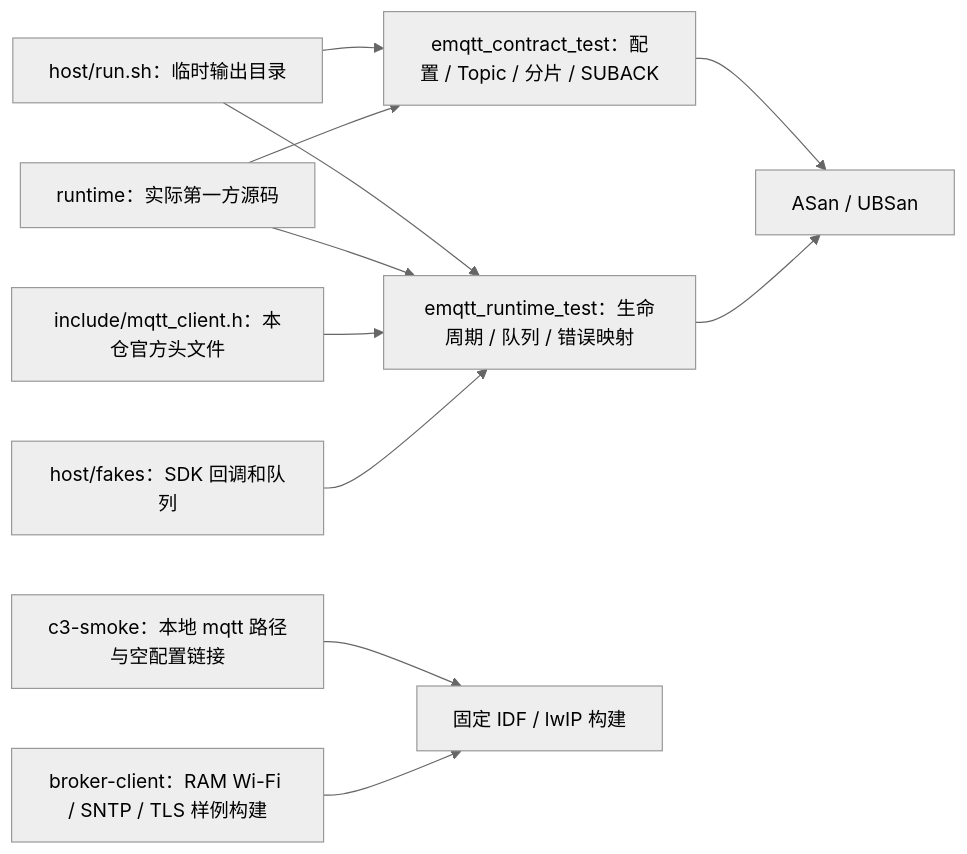
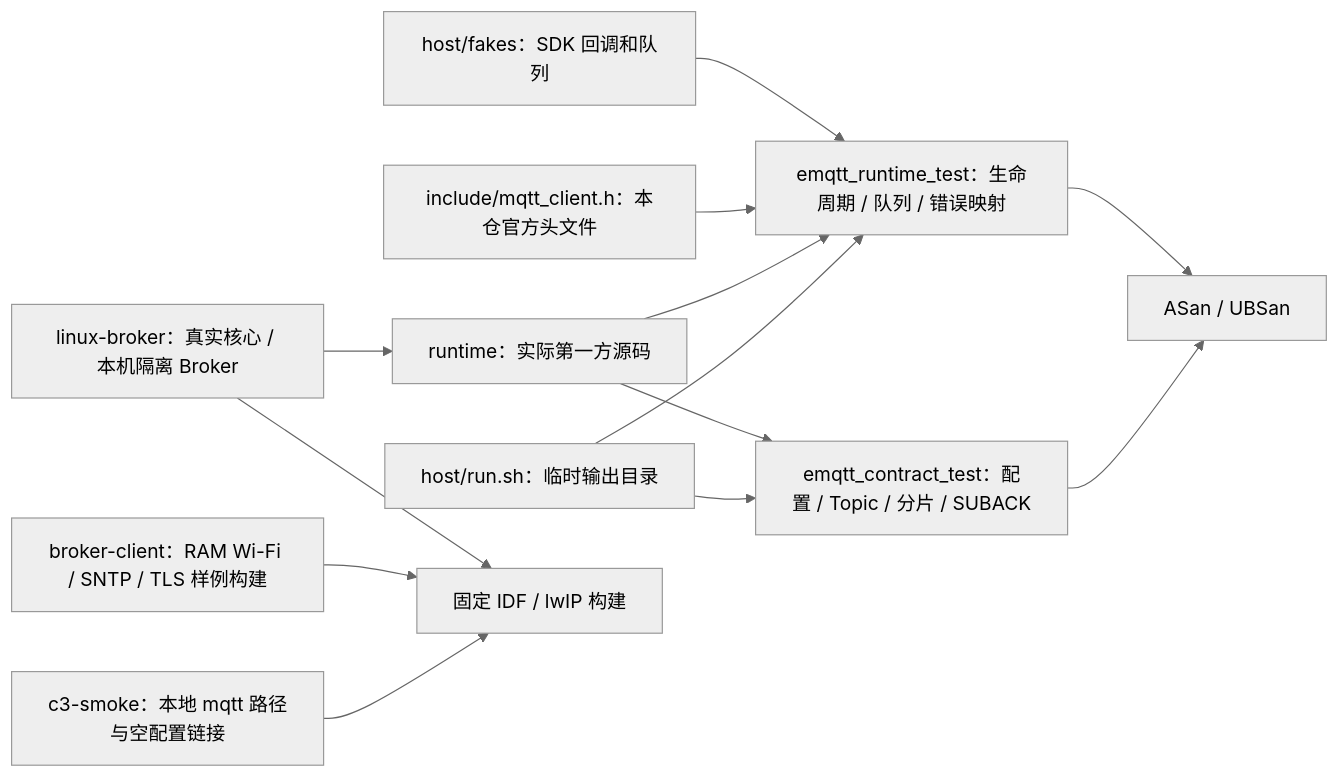
Before and after one commit to darren-you/esp-mqtt: the diagram in tests/README.md, drawn with Mermaid (neutral theme). The commit also changed other lines of this file and 17 other files, not shown here.

````diff
--- a/tests/README.md
+++ b/tests/README.md
@@ -7,13 +9,15 @@
 ```mermaid
 flowchart LR
     runner["host/run.sh：临时输出目录"] --> contract["emqtt_contract_test：配置 / Topic / 分片 / SUBACK"]
     runner --> runtime["emqtt_runtime_test：生命周期 / 队列 / 错误映射"]
     sources["runtime：实际第一方源码"] --> contract
     sources --> runtime
     upstream["include/mqtt_client.h：本仓官方头文件"] --> runtime
     fakes["host/fakes：SDK 回调和队列"] --> runtime
     contract --> sanitizer["ASan / UBSan"]
     runtime --> sanitizer
     smoke["c3-smoke：本地 mqtt 路径与空配置链接"] --> idf["固定 IDF / lwIP 构建"]
     broker["broker-client：RAM Wi-Fi / SNTP / TLS 样例构建"] --> idf
+    linux["linux-broker：真实核心 / 本机隔离 Broker"] --> idf
+    linux --> sources
 ```
````
